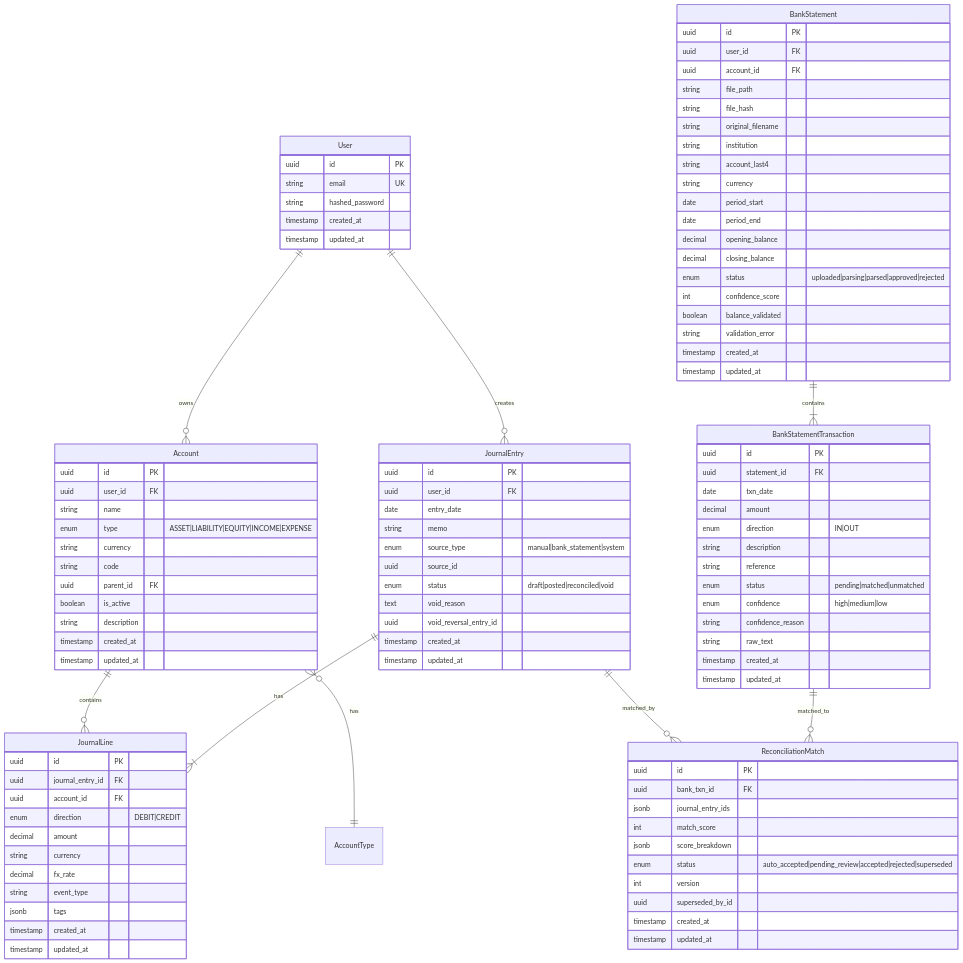
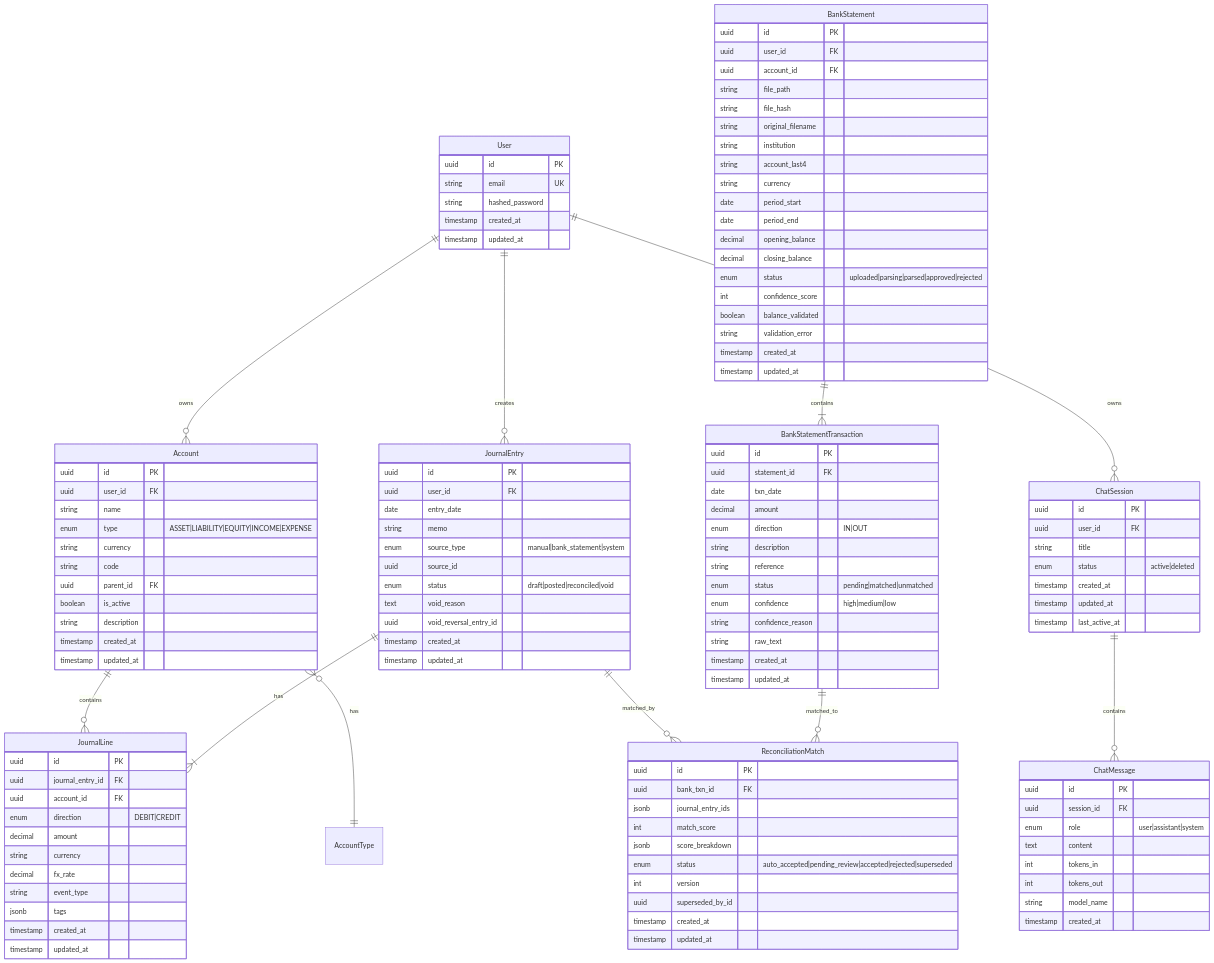
The diagram in docs/ssot/schema.md (wangzitian0/finance_report), drawn with Mermaid before and after one commit. The commit also changed other lines of this file and 32 other files, not shown here.

````diff
--- a/docs/ssot/schema.md
+++ b/docs/ssot/schema.md
@@ -23,12 +23,14 @@
 erDiagram
     User ||--o{ Account : owns
     User ||--o{ JournalEntry : creates
+    User ||--o{ ChatSession : owns
 
     Account ||--o{ JournalLine : contains
     Account }o--|| AccountType : has
 
     JournalEntry ||--|{ JournalLine : has
     JournalEntry ||--o{ ReconciliationMatch : matched_by
+    ChatSession ||--o{ ChatMessage : contains
 
     BankStatement ||--|{ BankStatementTransaction : contains
     BankStatementTransaction ||--o{ ReconciliationMatch : matched_to
@@ -133,4 +135,25 @@
         timestamp created_at
         timestamp updated_at
     }
+
+    ChatSession {
+        uuid id PK
+        uuid user_id FK
+        string title
+        enum status "active|deleted"
+        timestamp created_at
+        timestamp updated_at
+        timestamp last_active_at
+    }
+
+    ChatMessage {
+        uuid id PK
+        uuid session_id FK
+        enum role "user|assistant|system"
+        text content
+        int tokens_in
+        int tokens_out
+        string model_name
+        timestamp created_at
+    }
 ```
````
